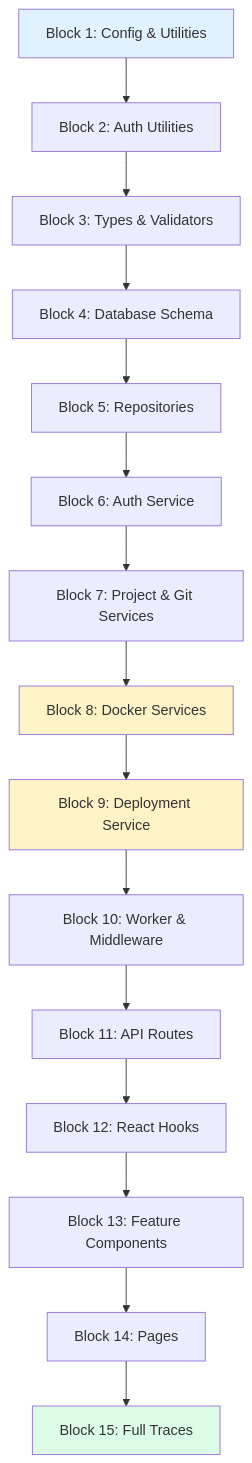
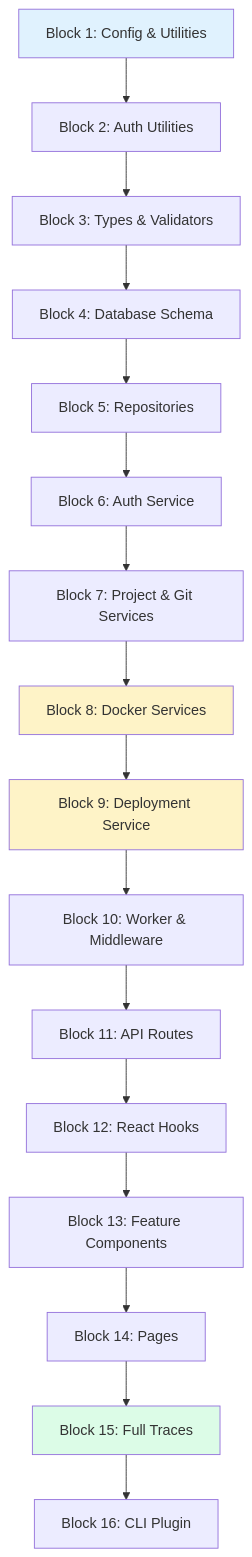
Before and after one commit to kpndevrootentri/dropdeploy: the first of 5 diagrams in docs/learn.md, drawn with Mermaid. The commit also changed other lines of this file and 5 other files, not shown here.

````diff
--- a/docs/learn.md
+++ b/docs/learn.md
@@ -21,22 +21,23 @@
 ```mermaid
 graph TD
     B1["Block 1: Config & Utilities"] --> B2["Block 2: Auth Utilities"]
     B2 --> B3["Block 3: Types & Validators"]
     B3 --> B4["Block 4: Database Schema"]
     B4 --> B5["Block 5: Repositories"]
     B5 --> B6["Block 6: Auth Service"]
     B6 --> B7["Block 7: Project & Git Services"]
     B7 --> B8["Block 8: Docker Services"]
     B8 --> B9["Block 9: Deployment Service"]
     B9 --> B10["Block 10: Worker & Middleware"]
     B10 --> B11["Block 11: API Routes"]
     B11 --> B12["Block 12: React Hooks"]
     B12 --> B13["Block 13: Feature Components"]
     B13 --> B14["Block 14: Pages"]
     B14 --> B15["Block 15: Full Traces"]
+    B15 --> B16["Block 16: CLI Plugin"]
 
     style B1 fill:#e0f2fe
     style B8 fill:#fef3c7
     style B9 fill:#fef3c7
     style B15 fill:#dcfce7
 ```
````
